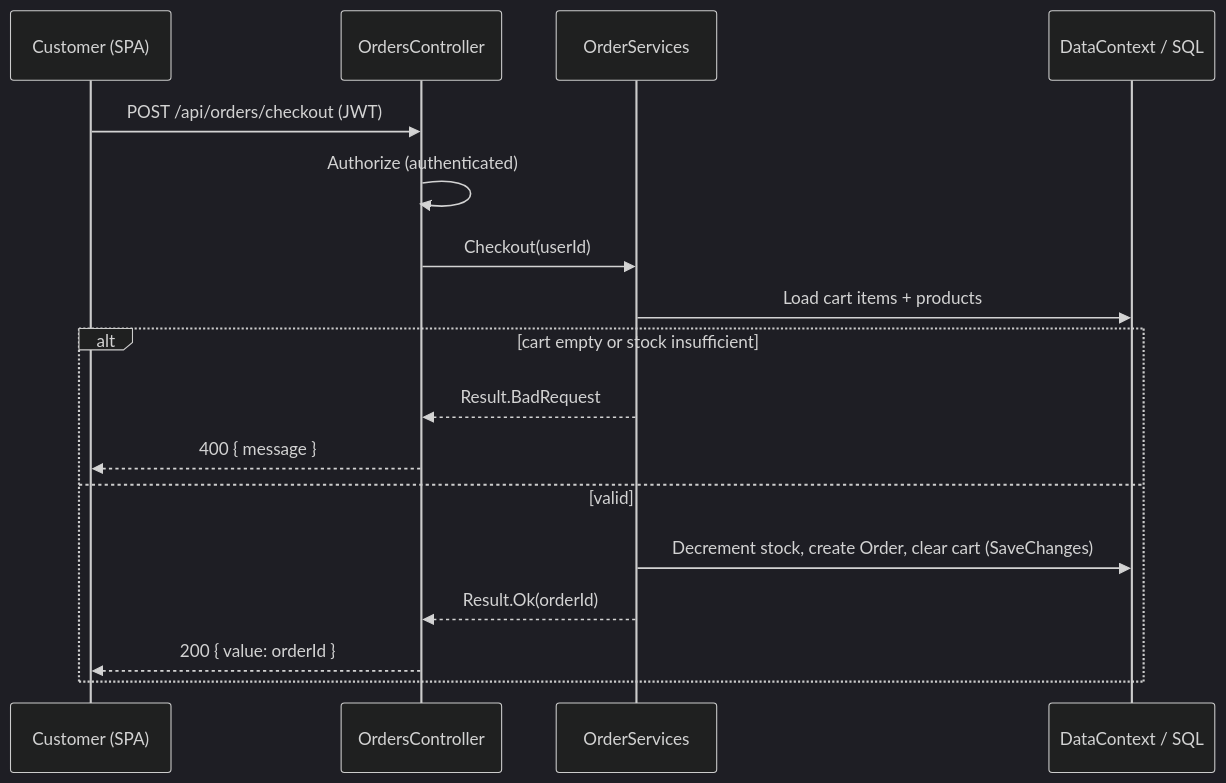
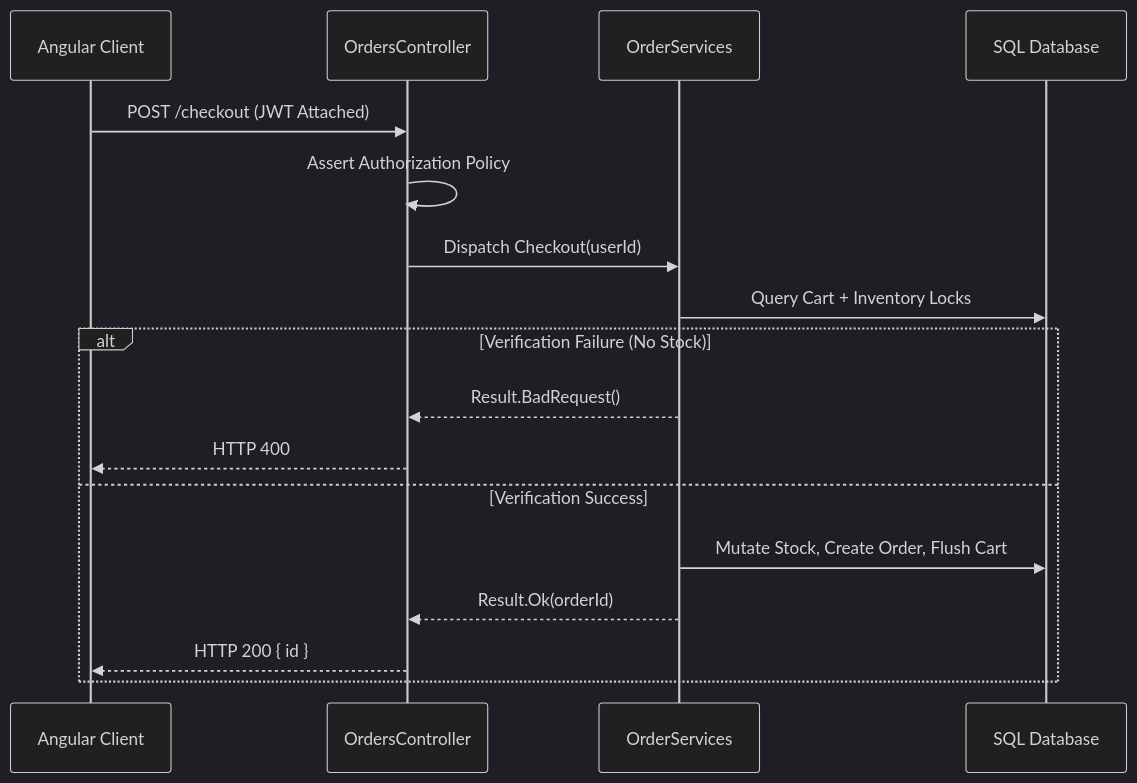
One commit to Redened/ITStepFinal changed the fourth of 5 diagrams in ARCHITECTURE-C4.md. Above: the diagram before and after it, drawn with Mermaid (dark theme). The commit also changed other lines of this file and 12 other files, not shown here.

````diff
--- a/ARCHITECTURE-C4.md
+++ b/ARCHITECTURE-C4.md
@@ -162,20 +124,21 @@
 ```mermaid
 sequenceDiagram
-    participant U as Customer (SPA)
-    participant O as OrdersController
-    participant S as OrderServices
-    participant D as DataContext / SQL
+    participant SPA as Angular Client
+    participant API as OrdersController
+    participant SRV as OrderServices
+    participant DB as SQL Database
 
-    U->>O: POST /api/orders/checkout (JWT)
-    O->>O: Authorize (authenticated)
-    O->>S: Checkout(userId)
-    S->>D: Load cart items + products
-    alt cart empty or stock insufficient
-        S-->>O: Result.BadRequest
-        O-->>U: 400 { message }
-    else valid
-        S->>D: Decrement stock, create Order, clear cart (SaveChanges)
-        S-->>O: Result.Ok(orderId)
-        O-->>U: 200 { value: orderId }
+    SPA->>API: POST /checkout (JWT Attached)
+    API->>API: Assert Authorization Policy
+    API->>SRV: Dispatch Checkout(userId)
+    SRV->>DB: Query Cart + Inventory Locks
+    
+    alt Verification Failure (No Stock)
+        SRV-->>API: Result.BadRequest()
+        API-->>SPA: HTTP 400
+    else Verification Success
+        SRV->>DB: Mutate Stock, Create Order, Flush Cart
+        SRV-->>API: Result.Ok(orderId)
+        API-->>SPA: HTTP 200 { id }
     end
 ```
````
